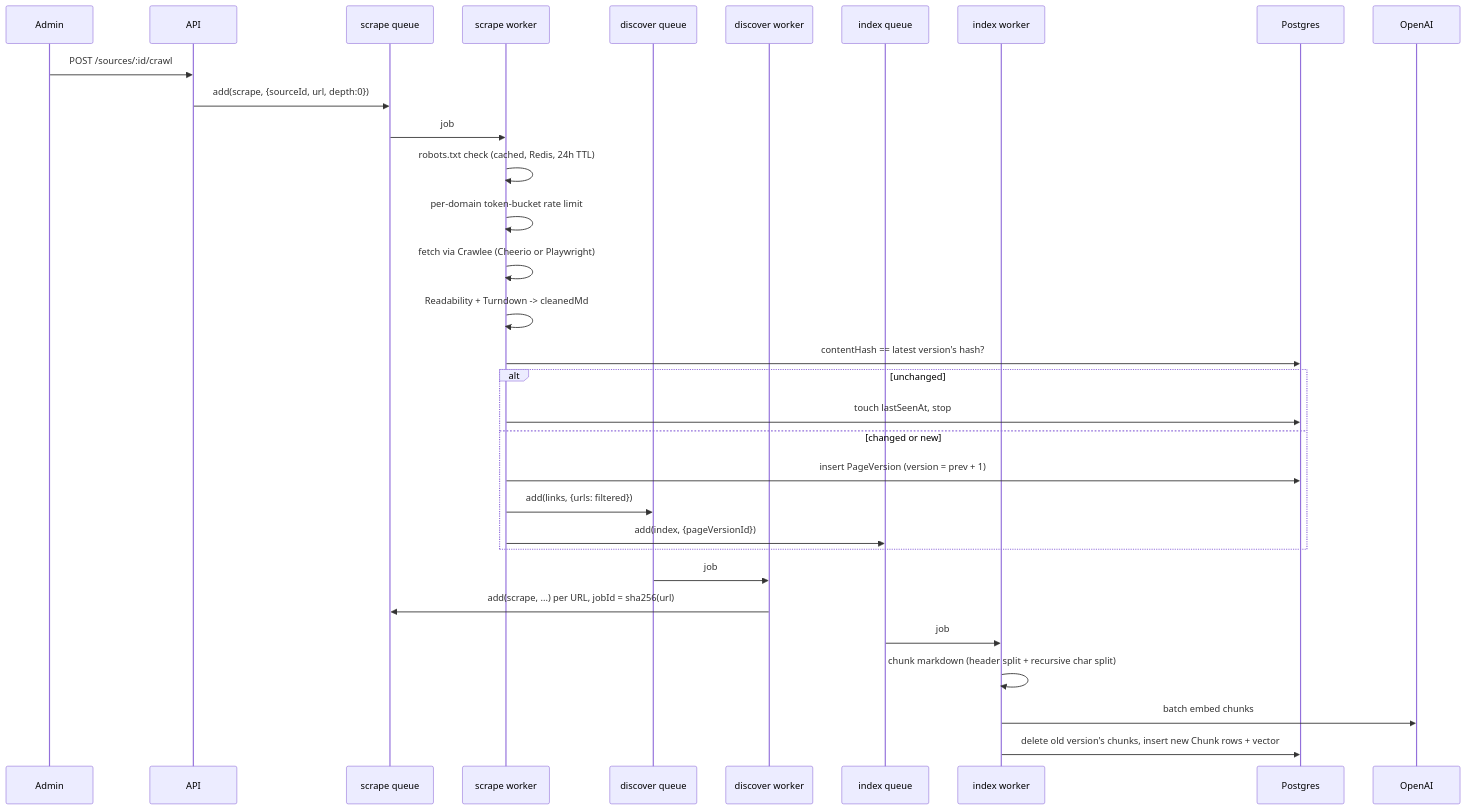
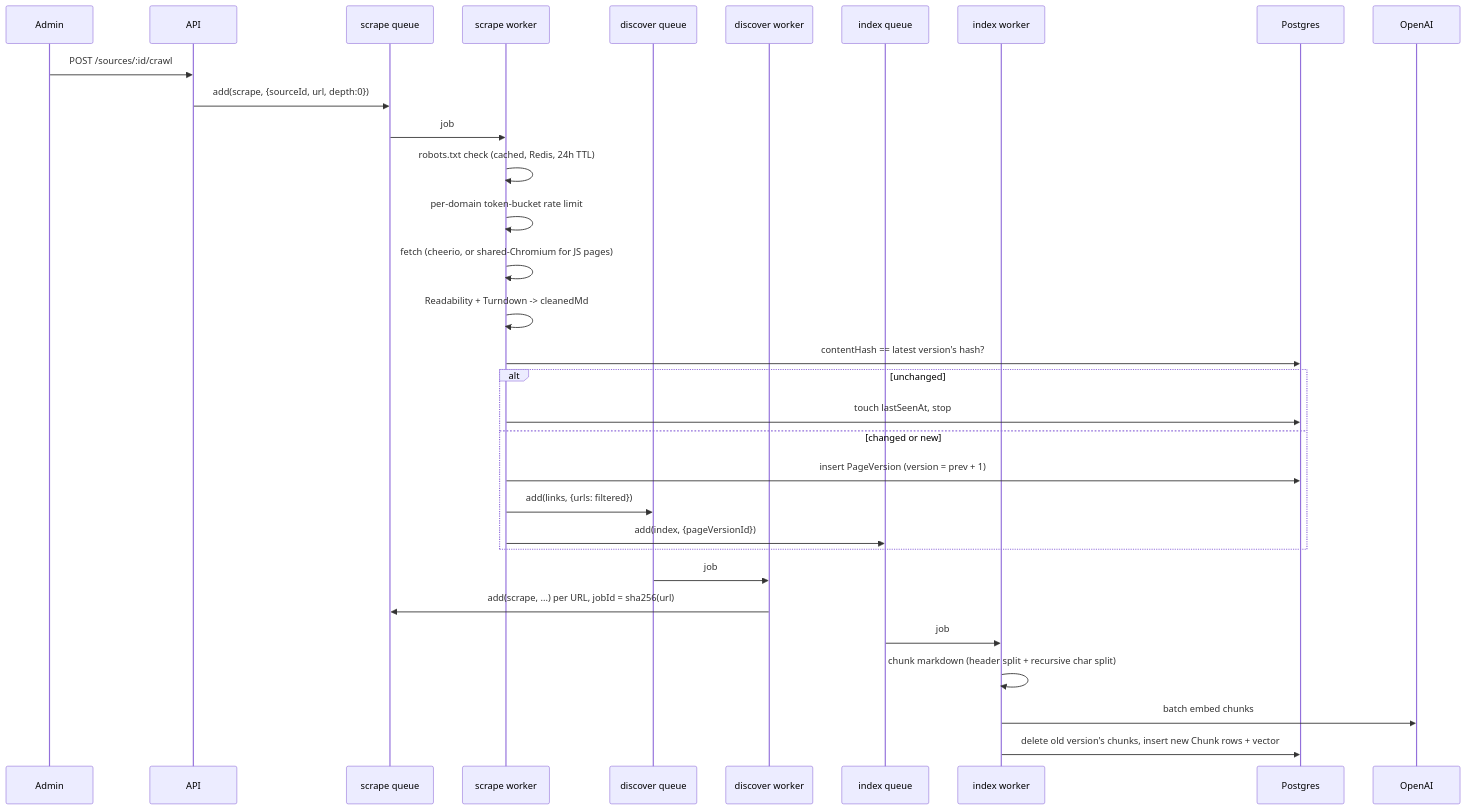
One commit to mohammadhouda/scrap changed the second of 2 diagrams in docs/architecture.md. Above: the diagram before and after it, drawn with Mermaid. The commit also changed other lines of this file and 29 other files, not shown here.

````diff
--- a/docs/architecture.md
+++ b/docs/architecture.md
@@ -78,34 +78,34 @@
 ```mermaid
 sequenceDiagram
     participant Admin
     participant API
     participant ScrapeQ as scrape queue
     participant ScrapeW as scrape worker
     participant DiscoverQ as discover queue
     participant DiscoverW as discover worker
     participant IndexQ as index queue
     participant IndexW as index worker
     participant DB as Postgres
 
     Admin->>API: POST /sources/:id/crawl
     API->>ScrapeQ: add(scrape, {sourceId, url, depth:0})
     ScrapeQ->>ScrapeW: job
     ScrapeW->>ScrapeW: robots.txt check (cached, Redis, 24h TTL)
     ScrapeW->>ScrapeW: per-domain token-bucket rate limit
-    ScrapeW->>ScrapeW: fetch via Crawlee (Cheerio or Playwright)
+    ScrapeW->>ScrapeW: fetch (cheerio, or shared-Chromium for JS pages)
     ScrapeW->>ScrapeW: Readability + Turndown -> cleanedMd
     ScrapeW->>DB: contentHash == latest version's hash?
     alt unchanged
         ScrapeW->>DB: touch lastSeenAt, stop
     else changed or new
         ScrapeW->>DB: insert PageVersion (version = prev + 1)
         ScrapeW->>DiscoverQ: add(links, {urls: filtered})
         ScrapeW->>IndexQ: add(index, {pageVersionId})
     end
     DiscoverQ->>DiscoverW: job
     DiscoverW->>ScrapeQ: add(scrape, ...) per URL, jobId = sha256(url)
     IndexQ->>IndexW: job
     IndexW->>IndexW: chunk markdown (header split + recursive char split)
     IndexW->>OpenAI: batch embed chunks
     IndexW->>DB: delete old version's chunks, insert new Chunk rows + vector
 ```
````
